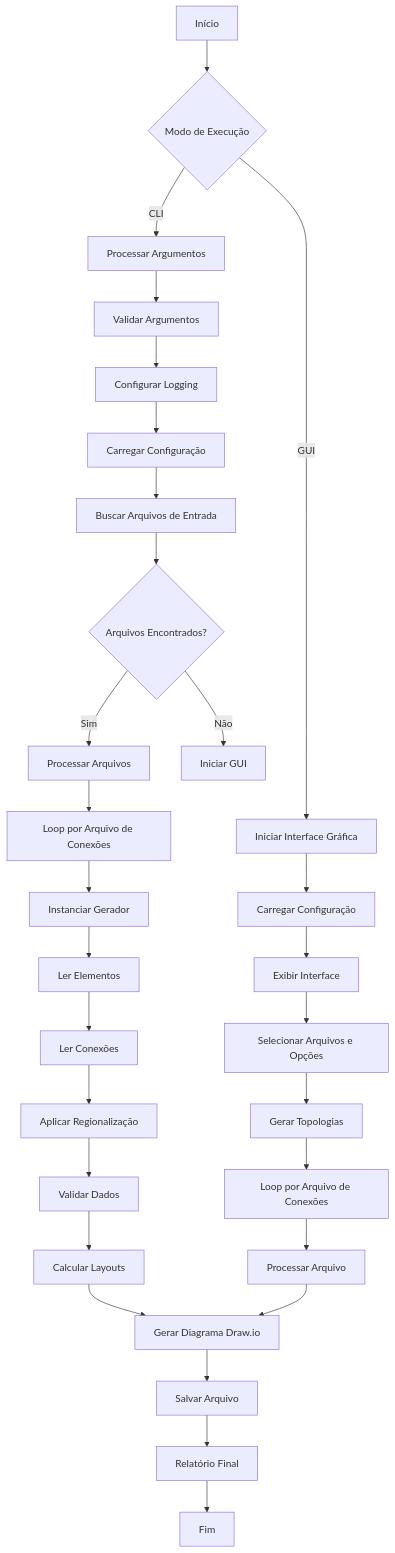
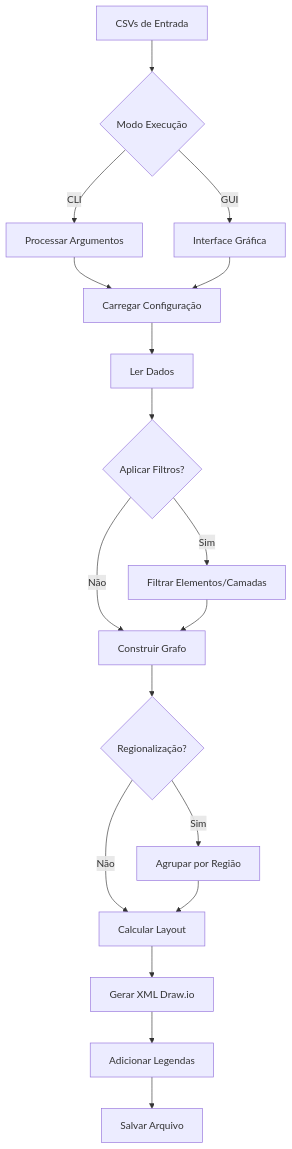
Before and after one commit to flashbsb/Network-Topology-Generator-for-Drawio: the diagram in README.md, drawn with Mermaid. The commit also changed other lines of this file, not shown here.

````diff
--- a/README.md
+++ b/README.md
@@ -224,37 +232,24 @@
 ```mermaid
 graph TD
-    A[Início] --> B{Modo de Execução}
+    A[CSVs de Entrada] --> B{Modo Execução}
     B -->|CLI| C[Processar Argumentos]
-    B -->|GUI| D[Iniciar Interface Gráfica]
+    B -->|GUI| D[Interface Gráfica]
     
-    C --> E[Validar Argumentos]
-    E --> F[Configurar Logging]
-    F --> G[Carregar Configuração]
-    G --> H[Buscar Arquivos de Entrada]
+    C --> E[Carregar Configuração]
+    D --> E
+    E --> F[Ler Dados]
     
-    D --> I[Carregar Configuração]
-    I --> J[Exibir Interface]
-    J --> K[Selecionar Arquivos e Opções]
-    K --> L[Gerar Topologias]
+    F --> G{Aplicar Filtros?}
+    G -->|Sim| H[Filtrar Elementos/Camadas]
+    G -->|Não| I[Construir Grafo]
+    H --> I
     
-    H --> M{Arquivos Encontrados?}
-    M -->|Sim| N[Processar Arquivos]
-    M -->|Não| O[Iniciar GUI]
+    I --> J{Regionalização?}
+    J -->|Sim| K[Agrupar por Região]
+    J -->|Não| L[Calcular Layout]
+    K --> L
     
-    N --> P[Loop por Arquivo de Conexões]
-    P --> Q[Instanciar Gerador]
-    Q --> R[Ler Elementos]
-    R --> S[Ler Conexões]
-    S --> T[Aplicar Regionalização]
-    T --> U[Validar Dados]
-    U --> V[Calcular Layouts]
-    V --> W[Gerar Diagrama Draw.io]
-    W --> X[Salvar Arquivo]
-    
-    L --> Y[Loop por Arquivo de Conexões]
-    Y --> Z[Processar Arquivo]
-    Z --> W
-    
-    X --> AA[Relatório Final]
-    AA --> AB[Fim]
+    L --> M[Gerar XML Draw.io]
+    M --> N[Adicionar Legendas]
+    N --> O[Salvar Arquivo]
 ```
````
